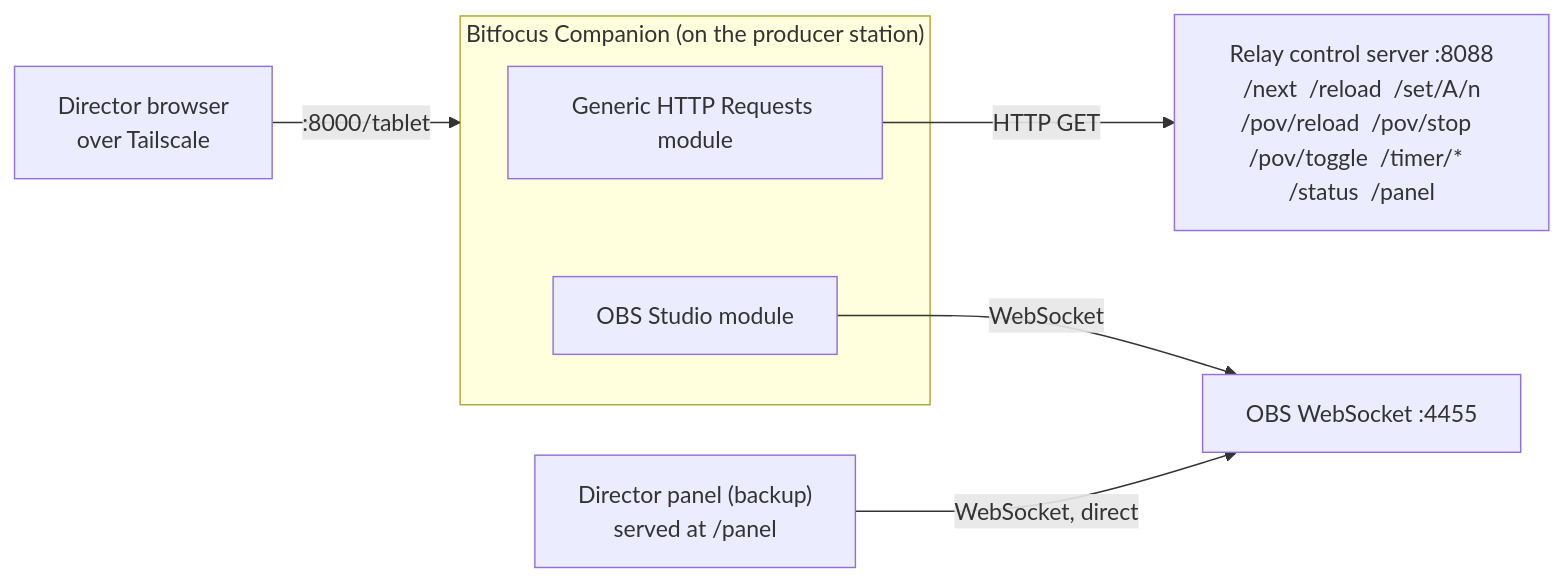
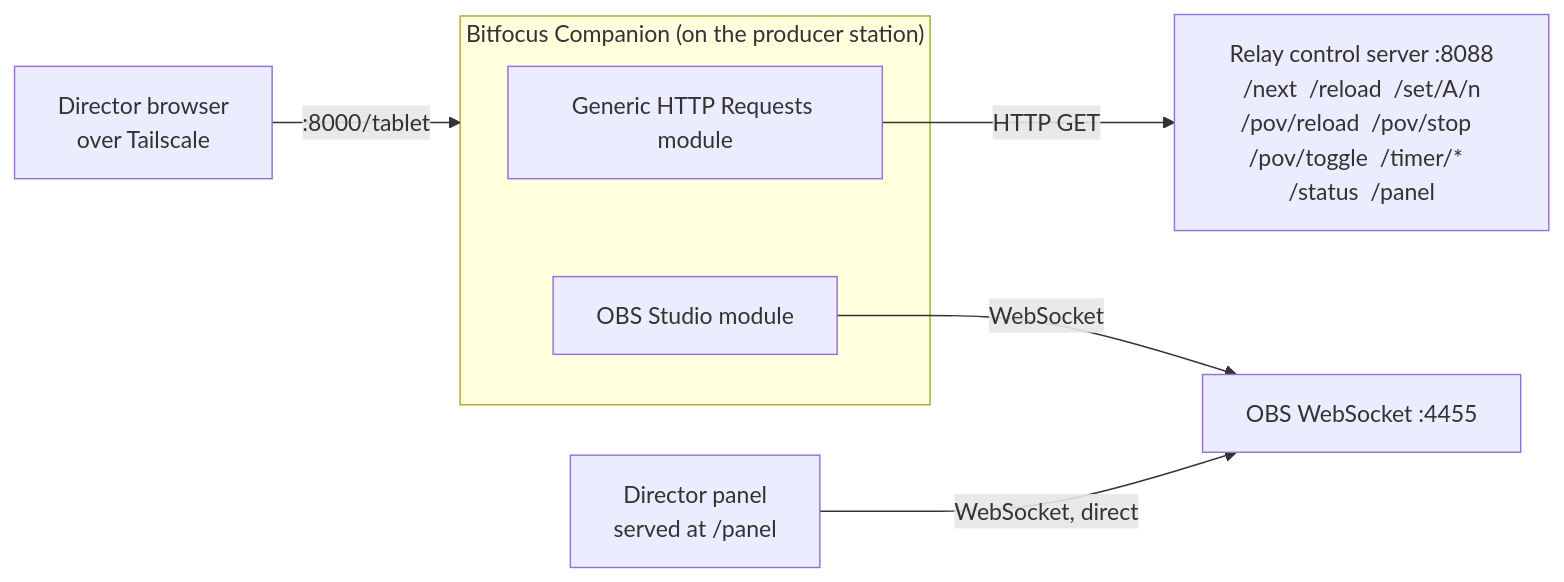
The third of 4 diagrams in src/docs/wiki/Architecture.md (jegr78/gt-endurance-racing-broadcast), drawn with Mermaid before and after one commit. The commit also changed other lines of this file and 7 other files, not shown here.

First line of the commit message:
docs(wiki): present the Director Panel as primary, drop deprecated/legacy references

````diff
--- a/src/docs/wiki/Architecture.md
+++ b/src/docs/wiki/Architecture.md
@@ -135,13 +136,13 @@
 ```mermaid
 flowchart LR
   subgraph Companion["Bitfocus Companion (on the producer station)"]
     GH["Generic HTTP Requests module"]
     OM["OBS Studio module"]
   end
 
   GH -->|"HTTP GET"| EP["Relay control server :8088<br/>/next  /reload  /set/A/n<br/>/pov/reload  /pov/stop  /pov/toggle  /timer/*  /status  /panel"]
   OM -->|"WebSocket"| WS["OBS WebSocket :4455"]
-  PANEL["Director panel (backup)<br/>served at /panel"] -->|"WebSocket, direct"| WS
+  PANEL["Director panel<br/>served at /panel"] -->|"WebSocket, direct"| WS
 
   DIR["Director browser<br/>over Tailscale"] -->|":8000/tablet"| Companion
 ```
````
